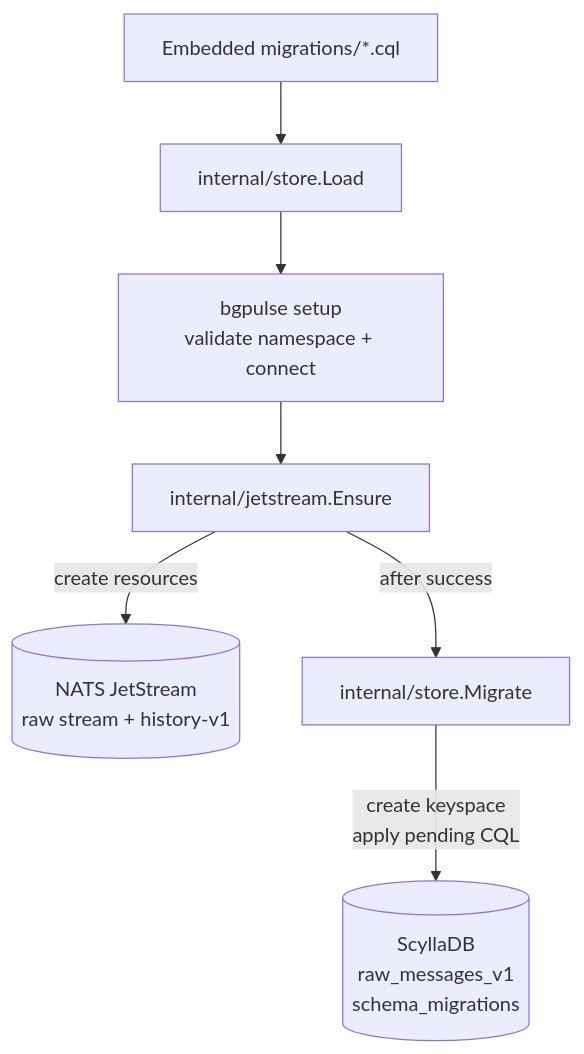
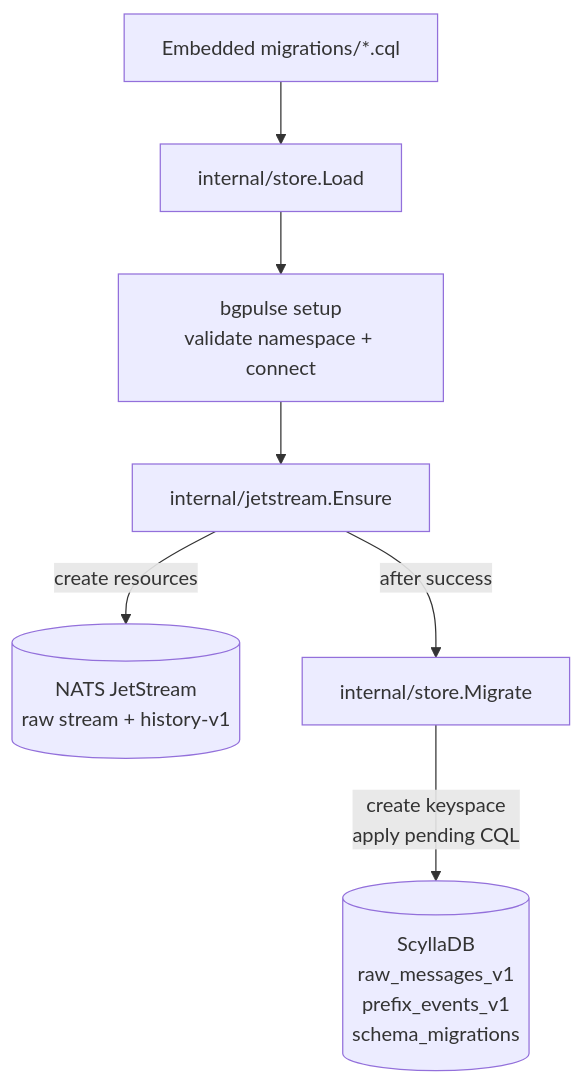
One commit to OutOfStack/bgpulse changed the fourth of 4 diagrams in docs/architecture.md. Above: the diagram before and after it, drawn with Mermaid. The commit also changed other lines of this file and 10 other files, not shown here.

First line of the commit message:
feat(store): write raw and prefix history with event-time expiry (#10)

````diff
--- a/docs/architecture.md
+++ b/docs/architecture.md
@@ -104,9 +104,9 @@
 ```mermaid
 flowchart TD
     cql["Embedded migrations/*.cql"] --> load["internal/store.Load"]
     load --> setup["bgpulse setup<br/>validate namespace + connect"]
     setup --> js["internal/jetstream.Ensure"]
     js -->|"create resources"| nats[("NATS JetStream<br/>raw stream + history-v1")]
     js -->|"after success"| migrate["internal/store.Migrate"]
-    migrate -->|"create keyspace<br/>apply pending CQL"| scylla[("ScyllaDB<br/>raw_messages_v1<br/>schema_migrations")]
+    migrate -->|"create keyspace<br/>apply pending CQL"| scylla[("ScyllaDB<br/>raw_messages_v1<br/>prefix_events_v1<br/>schema_migrations")]
 ```
````
